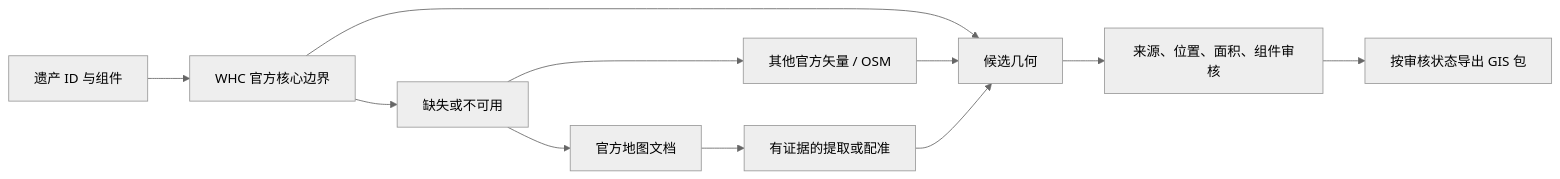
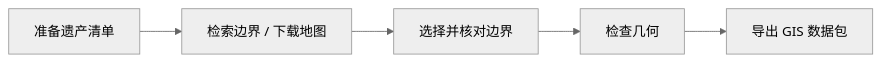
One commit to cloudcollection/unesco-boundary-workflow changed the diagram in README.md. Above: the diagram before and after it, drawn with Mermaid (neutral theme). The commit also changed other lines of this file and 7 other files, not shown here.

````diff
--- a/README.md
+++ b/README.md
@@ -24,13 +19,7 @@
 ```mermaid
 flowchart LR
-    A[遗产 ID 与组件] --> B[WHC 官方核心边界]
-    B --> C[候选几何]
-    B --> D[缺失或不可用]
-    D --> E[其他官方矢量 / OSM]
-    D --> F[官方地图文档]
-    F --> G[有证据的提取或配准]
-    E --> C
-    G --> C
-    C --> H[来源、位置、面积、组件审核]
-    H --> I[按审核状态导出 GIS 包]
+    A[准备遗产清单] --> B[检索边界 / 下载地图]
+    B --> C[选择并核对边界]
+    C --> D[检查几何]
+    D --> E[导出 GIS 数据包]
 ```
````
